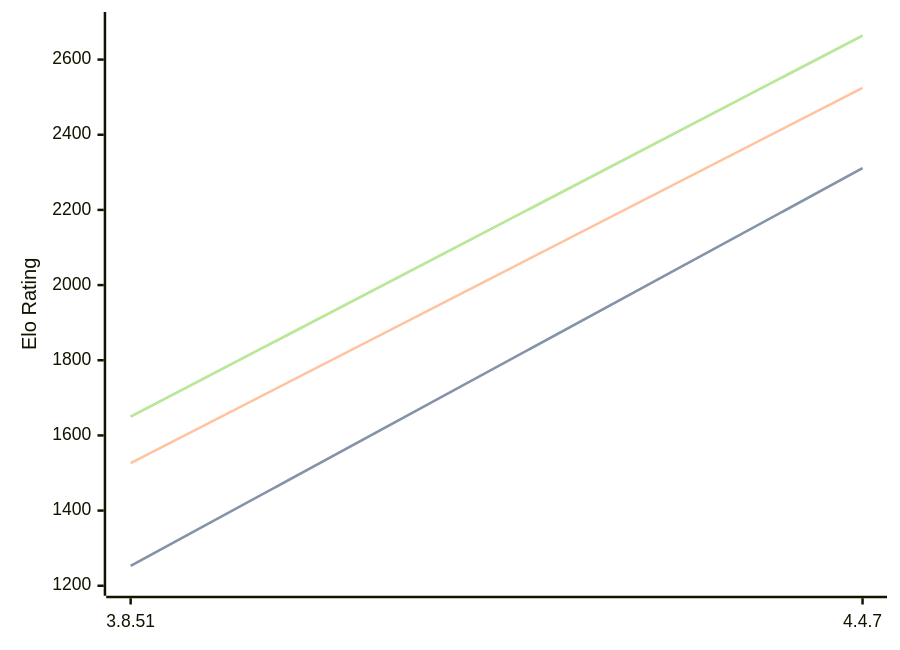
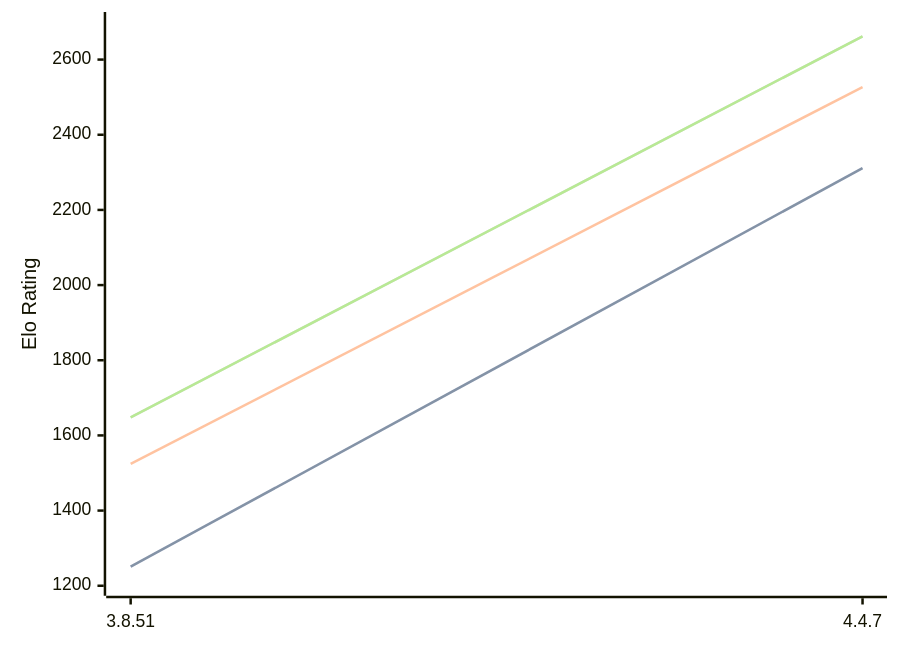
One commit to computer-chess-index/cci changed the diagram in engines/Scoria.md. Above: the diagram before and after it, drawn with Mermaid. The commit also changed other lines of this file, not shown here.

Commit message:
Update CCI Ratings (ELO VLTC) - 2026-09-03

````diff
--- a/engines/Scoria.md
+++ b/engines/Scoria.md
@@ -32,11 +32,11 @@
 ```mermaid
 %%{init: {"theme":"base","themeVariables":{"seriesColors:['#a3a3a3','#222221','#faa371']}}}%%
 xychart-beta
   x-axis ["3.8.51", "4.4.7"]
   y-axis "Elo Rating" 1200 --> 2700
-  line "" [1253, 2311]
-  line "STC (8.0+0.08s)" [1253, 2311]
-  line "LTC (60.0+0.60s)" [1526, 2525]
-  line "" [1650, 2664]
-  line "VLTC (2m24s+1.12s)" [1650, 2664]
+  line "" [1251, 2311]
+  line "STC (8.0+0.08s)" [1251, 2311]
+  line "LTC (60.0+0.60s)" [1524, 2527]
+  line "" [1648, 2662]
+  line "VLTC (2m24s+1.12s)" [1648, 2662]
 ```
````
